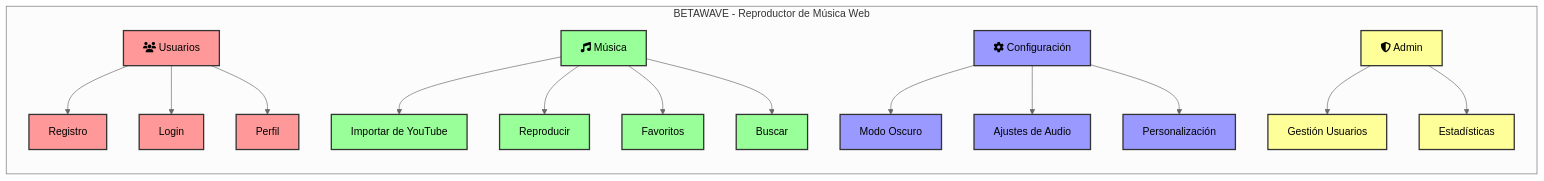
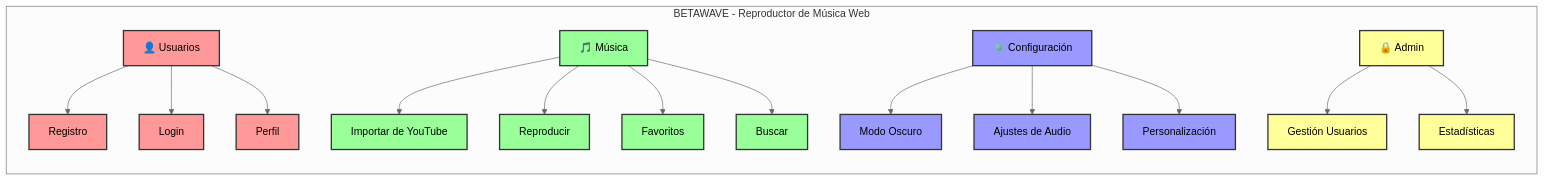
One commit to DanielJimenezZapata/TFG_DAM changed the diagram in betawave_features.md. Above: the diagram before and after it, drawn with Mermaid (neutral theme). The commit also changed 1 other file, not shown here.

Commit message:
funcionalidad diagrama

````diff
--- a/betawave_features.md
+++ b/betawave_features.md
@@ -1,38 +1,38 @@
 ```mermaid
 graph TB
     subgraph "BETAWAVE - Reproductor de Música Web"
         direction TB
         
-        U[fa:fa-users Usuarios]
-        M[fa:fa-music Música]
-        C[fa:fa-cog Configuración]
-        A[fa:fa-shield-alt Admin]
+        U[👤 Usuarios]
+        M[🎵 Música]
+        C[⚙️ Configuración]
+        A[🔒 Admin]
         
         U --> U1[Registro]
         U --> U2[Login]
         U --> U3[Perfil]
         
         M --> M1[Importar de YouTube]
         M --> M2[Reproducir]
         M --> M3[Favoritos]
         M --> M4[Buscar]
         
         C --> C1[Modo Oscuro]
         C --> C2[Ajustes de Audio]
         C --> C3[Personalización]
         
         A --> A1[Gestión Usuarios]
         A --> A2[Estadísticas]
 
         classDef users fill:#FF9999,stroke:#333,stroke-width:2px,color:#000
         classDef music fill:#99FF99,stroke:#333,stroke-width:2px,color:#000
         classDef config fill:#9999FF,stroke:#333,stroke-width:2px,color:#000
         classDef admin fill:#FFFF99,stroke:#333,stroke-width:2px,color:#000
         classDef feature fill:#ffffff,stroke:#333,stroke-width:1px,color:#000
 
         class U,U1,U2,U3 users
         class M,M1,M2,M3,M4 music
         class C,C1,C2,C3 config
         class A,A1,A2 admin
     end
 ```
````
